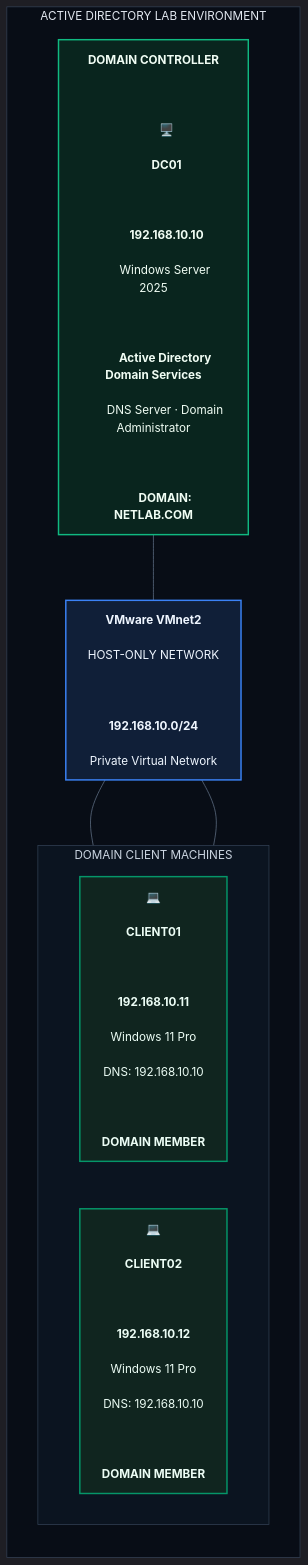
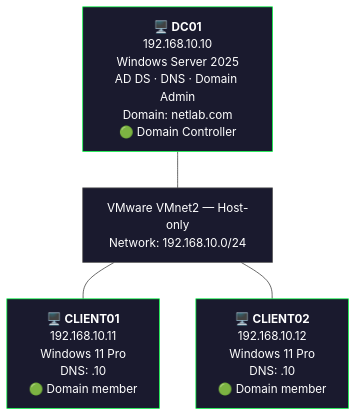
One commit to Nin-Kanong/Network-System-Administration changed the diagram in 03. Active Directory Domain Services (AD DS)/02. Configure Static IP Address.md. Above: the diagram before and after it, drawn with Mermaid. The commit also changed other lines of this file, not shown here.

Commit message:
Update 02. Configure Static IP Address.md

````diff
--- a/03. Active Directory Domain Services (AD DS)/02. Configure Static IP Address.md
+++ b/03. Active Directory Domain Services (AD DS)/02. Configure Static IP Address.md
@@ -28,91 +24,19 @@
 ```mermaid
-%%{init: {
-  "theme": "dark",
-  "themeVariables": {
-    "background": "#080d16",
-    "primaryColor": "#111c2d",
-    "primaryTextColor": "#f1f5f9",
-    "primaryBorderColor": "#334155",
-    "lineColor": "#64748b",
-    "secondaryColor": "#0c1b2a",
-    "tertiaryColor": "#101827",
-    "fontFamily": "Arial"
-  },
-  "flowchart": {
-    "curve": "bump",
-    "nodeSpacing": 65,
-    "rankSpacing": 65,
-    "htmlLabels": true
-  }
-}}%%
+graph TD
+    DC["🖥️ <b>DC01</b><br/>192.168.10.10<br/>Windows Server 2025<br/>AD DS · DNS · Domain Admin<br/>Domain: netlab.com<br/>🟢 Domain Controller"]
 
-flowchart TB
+    NET[" VMware VMnet2 — Host-only<br/>Network: 192.168.10.0/24"]
 
-    subgraph INFRA["ACTIVE DIRECTORY LAB ENVIRONMENT"]
-        direction TB
+    C1["🖥️ <b>CLIENT01</b><br/>192.168.10.11<br/>Windows 11 Pro<br/>DNS: .10<br/>🟢 Domain member"]
 
-        DC["
-        <b>DOMAIN CONTROLLER</b><br/>
-        <br/>
-        🖥️<br/>
-        <b>DC01</b><br/>
-        <br/>
-        <span style='color:#34d399;font-size:23px'><b>192.168.10.10</b></span><br/>
-        Windows Server 2025<br/>
-        <br/>
-        <b>Active Directory Domain Services</b><br/>
-        DNS Server · Domain Administrator<br/>
-        <br/>
-        <b>DOMAIN: NETLAB.COM</b>
-        "]
+    C2["🖥️ <b>CLIENT02</b><br/>192.168.10.12<br/>Windows 11 Pro<br/>DNS: .10<br/>🟢 Domain member"]
 
-        NET["
-        <b>VMware VMnet2</b><br/>
-        <span style='color:#60a5fa'>HOST-ONLY NETWORK</span><br/>
-        <br/>
-        <b>192.168.10.0/24</b><br/>
-        Private Virtual Network
-        "]
+    DC --- NET
+    NET --- C1
+    NET --- C2
 
-        subgraph CLIENTS["DOMAIN CLIENT MACHINES"]
-            direction LR
-
-            C1["
-            💻<br/>
-            <b>CLIENT01</b><br/>
-            <br/>
-            <span style='color:#34d399;font-size:20px'><b>192.168.10.11</b></span><br/>
-            Windows 11 Pro<br/>
-            DNS: 192.168.10.10<br/>
-            <br/>
-            <b>DOMAIN MEMBER</b>
-            "]
-
-            C2["
-            💻<br/>
-            <b>CLIENT02</b><br/>
-            <br/>
-            <span style='color:#34d399;font-size:20px'><b>192.168.10.12</b></span><br/>
-            Windows 11 Pro<br/>
-            DNS: 192.168.10.10<br/>
-            <br/>
-            <b>DOMAIN MEMBER</b>
-            "]
-        end
-
-        DC --- NET
-        NET --- C1
-        NET --- C2
-    end
-
-    classDef domain fill:#09251e,stroke:#10b981,color:#f0fdf4,stroke-width:2px
-    classDef network fill:#101f38,stroke:#3b82f6,color:#eff6ff,stroke-width:2px
-    classDef client fill:#10251f,stroke:#059669,color:#ecfdf5,stroke-width:2px
-
-    class DC domain
-    class NET network
-    class C1,C2 client
-
-    style INFRA fill:#080d16,stroke:#334155,stroke-width:1px,color:#e2e8f0
-    style CLIENTS fill:#0b1420,stroke:#334155,stroke-width:1px,color:#cbd5e1
+    style DC fill:#1a1a2e,stroke:#00ff41,color:#fff
+    style C1 fill:#1a1a2e,stroke:#00ff41,color:#fff
+    style C2 fill:#1a1a2e,stroke:#00ff41,color:#fff
+    style NET fill:#1a1a2e,stroke:#555,color:#fff
 ```
````
